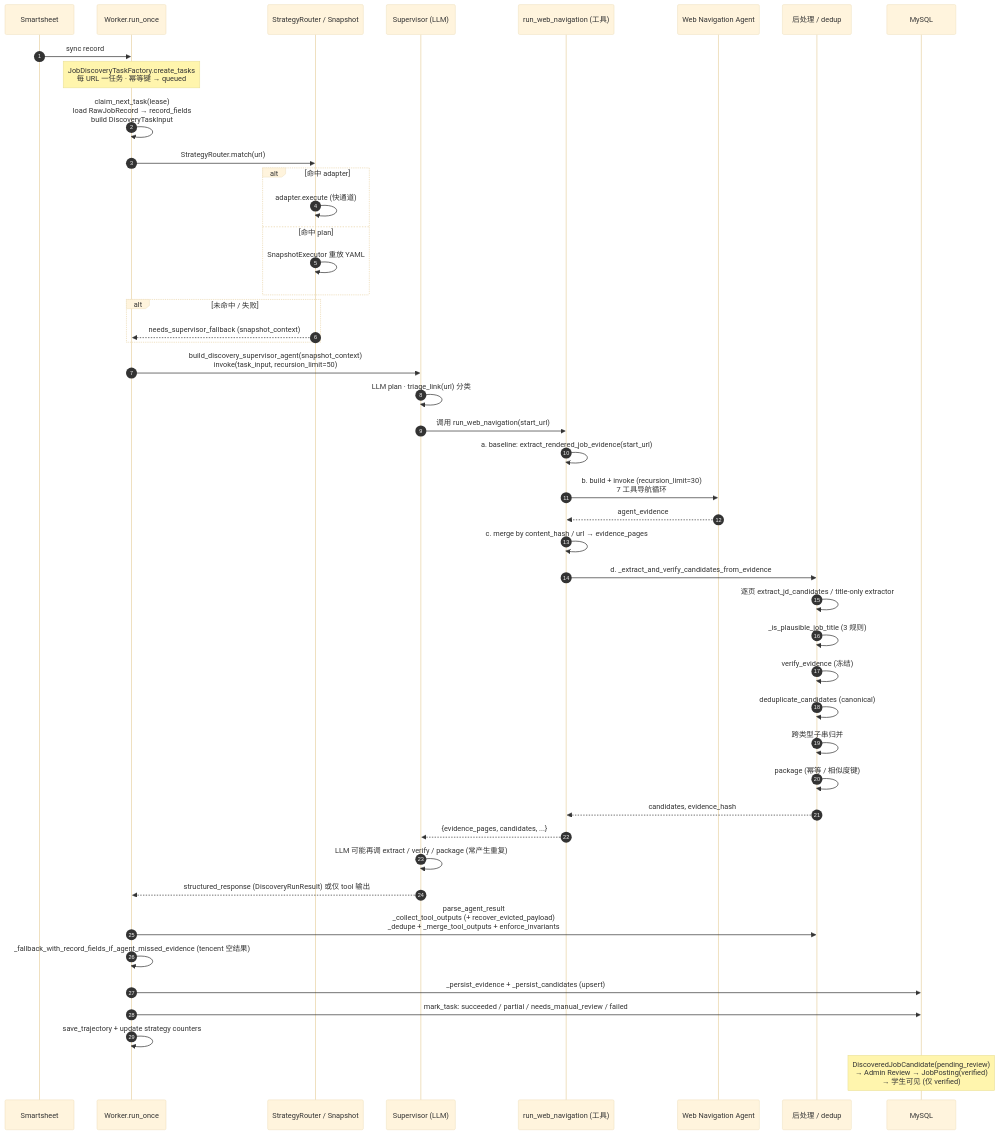
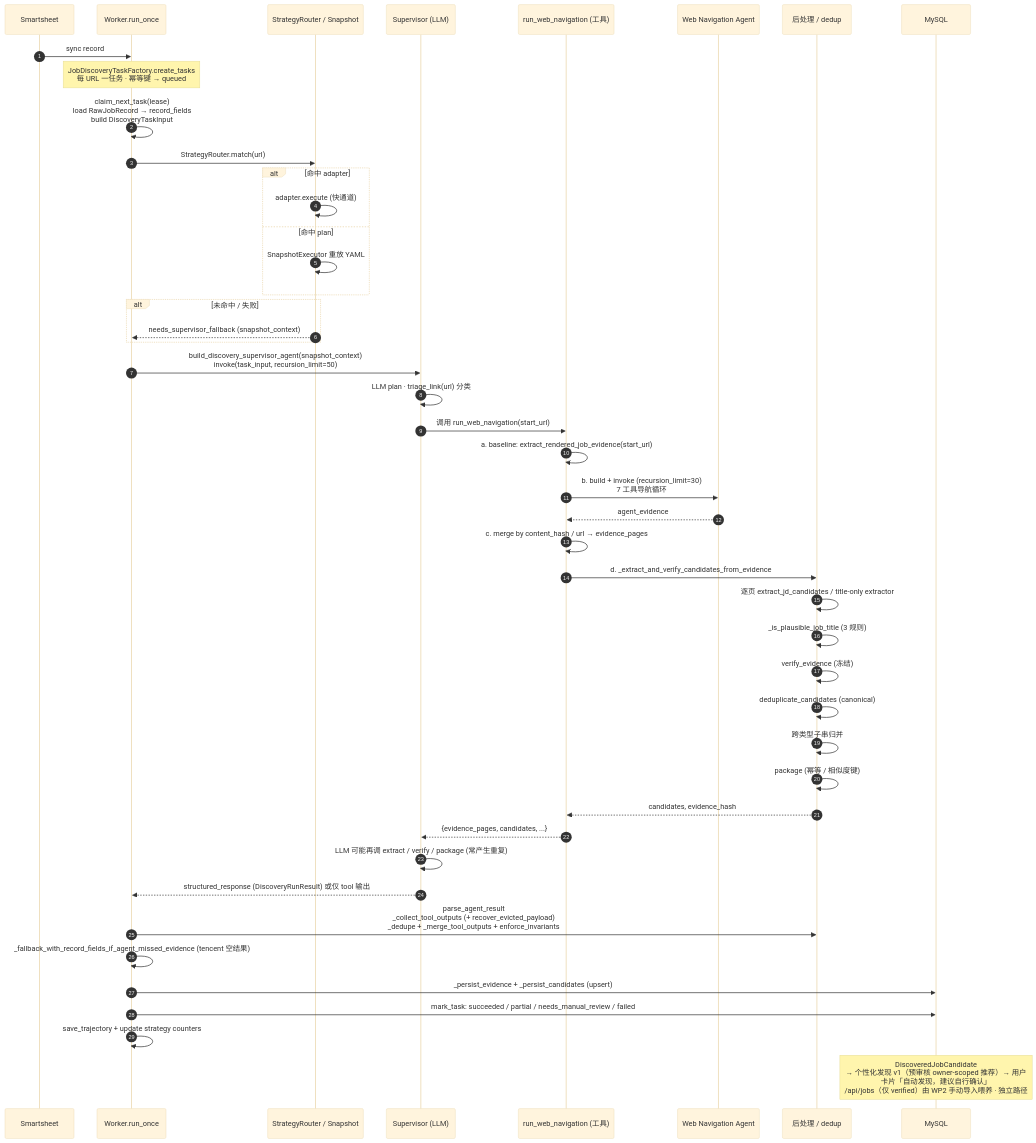
One commit to grefeer/pev-career-assistant changed the third of 4 diagrams in backend/app/services/job_discovery/ARCHITECTURE.zh-CN.md. Above: the diagram before and after it, drawn with Mermaid (base theme). The commit also changed other lines of this file and 52 other files, not shown here.

````diff
--- a/backend/app/services/job_discovery/ARCHITECTURE.zh-CN.md
+++ b/backend/app/services/job_discovery/ARCHITECTURE.zh-CN.md
@@ -172,49 +176,49 @@
 ```mermaid
 sequenceDiagram
     autonumber
     participant SM as Smartsheet
     participant W as Worker.run_once
     participant SR as StrategyRouter / Snapshot
     participant SUP as Supervisor (LLM)
     participant RWN as run_web_navigation (工具)
     participant WNA as Web Navigation Agent
     participant POST as 后处理 / dedup
     participant DB as MySQL
 
     SM->>W: sync record
     Note over W: JobDiscoveryTaskFactory.create_tasks<br/>每 URL 一任务 · 幂等键 → queued
     W->>W: claim_next_task(lease)<br/>load RawJobRecord → record_fields<br/>build DiscoveryTaskInput
     W->>SR: StrategyRouter.match(url)
     alt 命中 adapter
         SR->>SR: adapter.execute (快通道)
     else 命中 plan
         SR->>SR: SnapshotExecutor 重放 YAML
     end
     alt 未命中 / 失败
         SR-->>W: needs_supervisor_fallback (snapshot_context)
     end
     W->>SUP: build_discovery_supervisor_agent(snapshot_context)<br/>invoke(task_input, recursion_limit=50)
     SUP->>SUP: LLM plan · triage_link(url) 分类
     SUP->>RWN: 调用 run_web_navigation(start_url)
     RWN->>RWN: a. baseline: extract_rendered_job_evidence(start_url)
     RWN->>WNA: b. build + invoke (recursion_limit=30)<br/>7 工具导航循环
     WNA-->>RWN: agent_evidence
     RWN->>RWN: c. merge by content_hash / url → evidence_pages
     RWN->>POST: d. _extract_and_verify_candidates_from_evidence
     POST->>POST: 逐页 extract_jd_candidates / title-only extractor
     POST->>POST: _is_plausible_job_title (3 规则)
     POST->>POST: verify_evidence (冻结)
     POST->>POST: deduplicate_candidates (canonical)
     POST->>POST: 跨类型子串归并
     POST->>POST: package (幂等 / 相似度键)
     POST-->>RWN: candidates, evidence_hash
     RWN-->>SUP: {evidence_pages, candidates, ...}
     SUP->>SUP: LLM 可能再调 extract / verify / package (常产生重复)
     SUP-->>W: structured_response (DiscoveryRunResult) 或仅 tool 输出
     W->>POST: parse_agent_result<br/>_collect_tool_outputs (+ recover_evicted_payload)<br/>_dedupe + _merge_tool_outputs + enforce_invariants
     W->>W: _fallback_with_record_fields_if_agent_missed_evidence (tencent 空结果)
     W->>DB: _persist_evidence + _persist_candidates (upsert)
     W->>DB: mark_task: succeeded / partial / needs_manual_review / failed
     W->>W: save_trajectory + update strategy counters
-    Note over DB: DiscoveredJobCandidate(pending_review)<br/>→ Admin Review → JobPosting(verified)<br/>→ 学生可见 (仅 verified)
+    Note over DB: DiscoveredJobCandidate<br/>→ 个性化发现 v1（预审核 owner-scoped 推荐）→ 用户<br/>卡片「自动发现，建议自行确认」<br/>/api/jobs（仅 verified）由 WP2 手动导入喂养 · 独立路径
 ```
````
